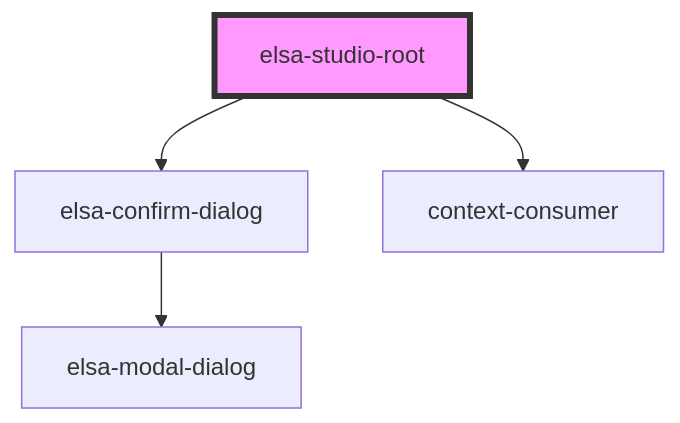
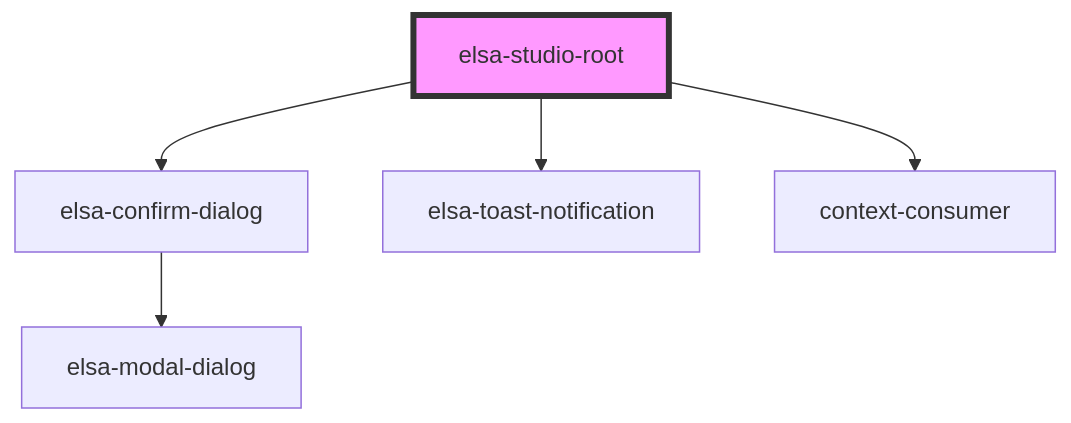
One commit to elsa-workflows/elsa-core changed the diagram in src/designer/elsa-workflows-studio/src/components/dashboard/pages/elsa-studio-root/readme.md. Above: the diagram before and after it, drawn with Mermaid. The commit also changed other lines of this file and 12 other files, not shown here.

Commit message:
Add toast-notification-service

````diff
--- a/src/designer/elsa-workflows-studio/src/components/dashboard/pages/elsa-studio-root/readme.md
+++ b/src/designer/elsa-workflows-studio/src/components/dashboard/pages/elsa-studio-root/readme.md
@@ -45,7 +46,8 @@
 ```mermaid
 graph TD;
   elsa-studio-root --> elsa-confirm-dialog
+  elsa-studio-root --> elsa-toast-notification
   elsa-studio-root --> context-consumer
   elsa-confirm-dialog --> elsa-modal-dialog
   style elsa-studio-root fill:#f9f,stroke:#333,stroke-width:4px
 ```
````
